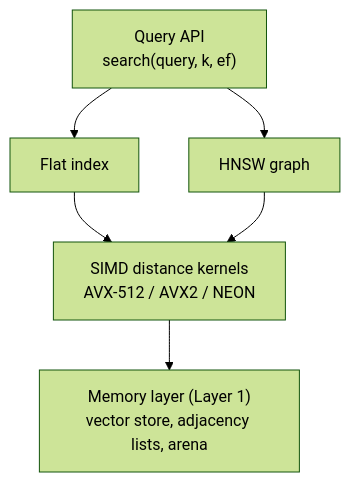
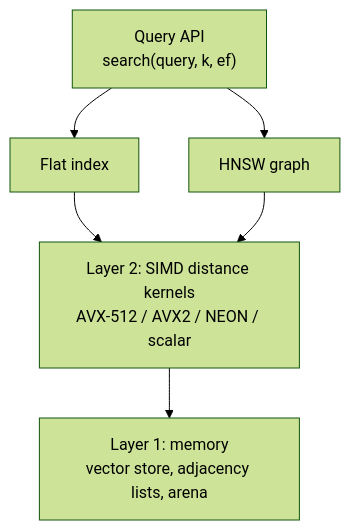
Before and after one commit to praknig/hnsw_lite: the first of 3 diagrams in README.md, drawn with Mermaid (forest theme). The commit also changed other lines of this file and 1 other file, not shown here.

Commit message:
chore: updated readme for layer 2

````diff
--- a/README.md
+++ b/README.md
@@ -60,8 +67,8 @@
 ```mermaid
 flowchart TB
     A["Query API<br/>search(query, k, ef)"] --> B["Flat index"]
     A --> C["HNSW graph"]
-    B --> D["SIMD distance kernels<br/>AVX-512 / AVX2 / NEON"]
+    B --> D["Layer 2: SIMD distance kernels<br/>AVX-512 / AVX2 / NEON / scalar"]
     C --> D
-    D --> E["Memory layer (Layer 1)<br/>vector store, adjacency lists, arena"]
+    D --> E["Layer 1: memory<br/>vector store, adjacency lists, arena"]
 ```
````
